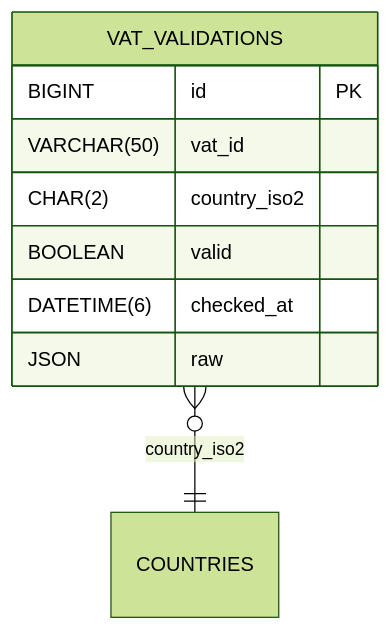
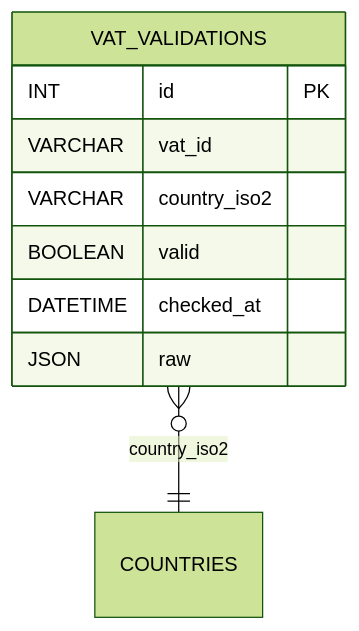
One commit to blackcatdatabase/table-vat-validations changed the diagram in README.md. Above: the diagram before and after it, drawn with Mermaid (forest theme). The commit also changed other lines of this file, not shown here.

Commit message:
chore(schema): add/update generated schema + README (umbrella sync)

````diff
--- a/README.md
+++ b/README.md
@@ -50,12 +50,12 @@
 ```mermaid
 erDiagram
   VAT_VALIDATIONS {
-    BIGINT id PK
-    VARCHAR(50) vat_id
-    CHAR(2) country_iso2
+    INT id PK
+    VARCHAR vat_id
+    VARCHAR country_iso2
     BOOLEAN valid
-    DATETIME(6) checked_at
+    DATETIME checked_at
     JSON raw
   }
   VAT_VALIDATIONS }o--|| COUNTRIES : "country_iso2"
 ```
````
